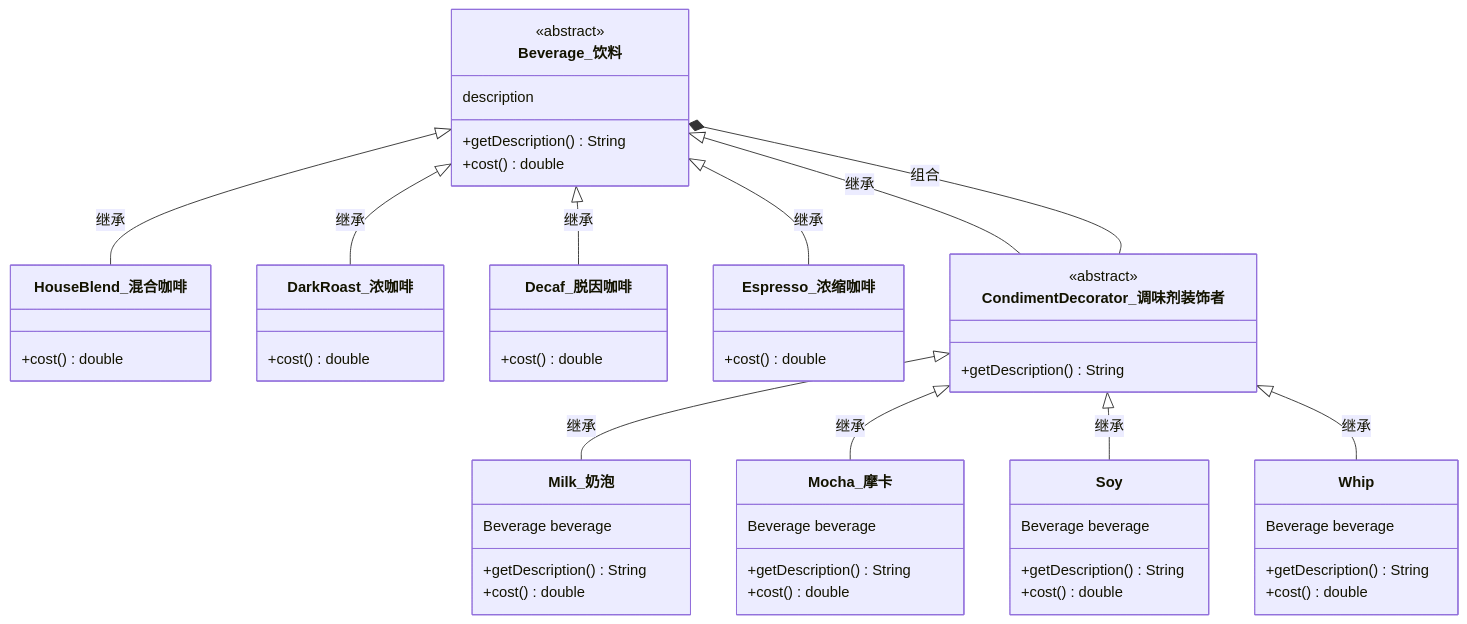
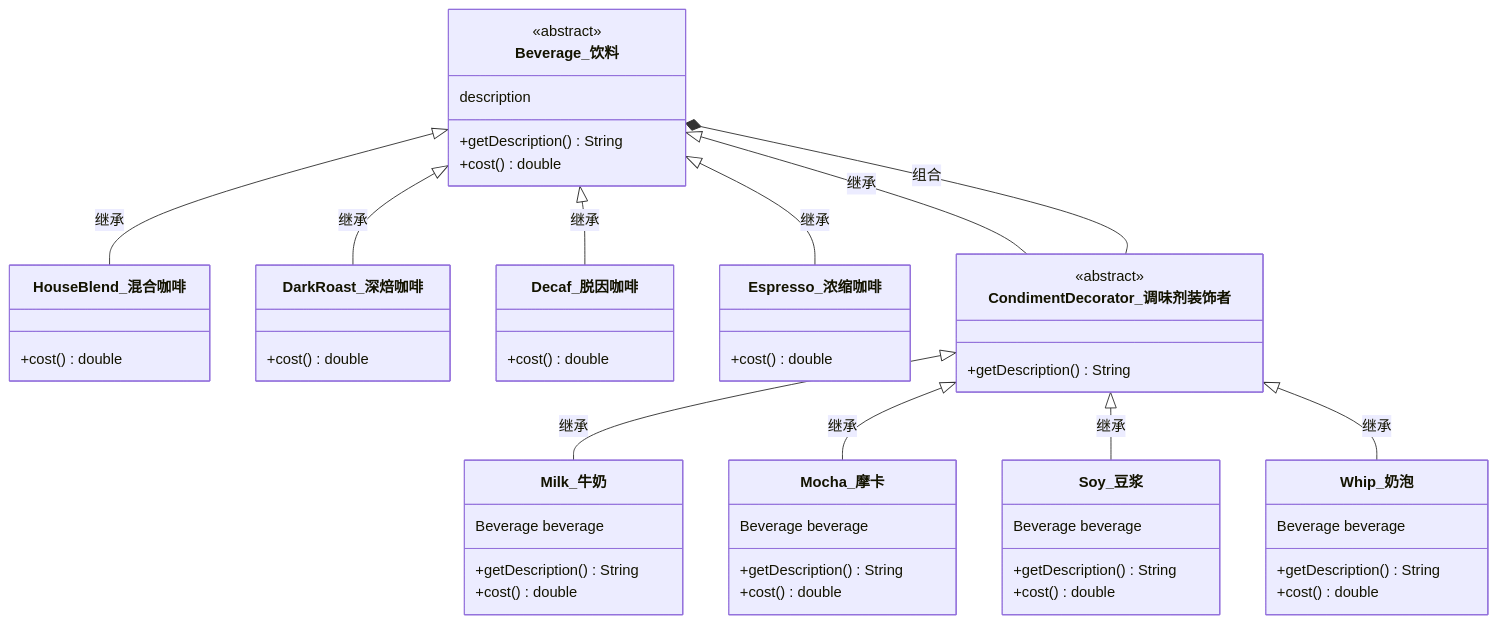
Before and after one commit to user-h/hdata-doc: the second of 3 diagrams in docs/01.Java相关/04.设计模式/030.装饰者模式.md, drawn with Mermaid. The commit also changed other lines of this file and 2 other files, not shown here.

````diff
--- a/docs/01.Java相关/04.设计模式/030.装饰者模式.md
+++ b/docs/01.Java相关/04.设计模式/030.装饰者模式.md
@@ -43,57 +44,57 @@
 ```mermaid  
 classDiagram  
     class Beverage_饮料{
 	  <<abstract>>
 	  description
 	  +getDescription() String
 	  +cost() double
 	}
 	class HouseBlend_混合咖啡{
 	  +cost() double
 	}
-	class DarkRoast_浓咖啡{
+	class DarkRoast_深焙咖啡{
 	  +cost() double
 	}
 	class Decaf_脱因咖啡{
 	  +cost() double
 	}
 	class Espresso_浓缩咖啡{
 	  +cost() double
 	}
 	
 	class CondimentDecorator_调味剂装饰者{
 	  <<abstract>>
 	  +getDescription() String
 	}
-	class Milk_奶泡{
+	class Milk_牛奶{
 	  Beverage beverage
 	  +getDescription() String
 	  +cost() double
 	}
 	class Mocha_摩卡{
 	  Beverage beverage
 	  +getDescription() String
 	  +cost() double
 	}
-	class Soy{
+	class Soy_豆浆{
 	  Beverage beverage
 	  +getDescription() String
 	  +cost() double
 	}
-	class Whip{
+	class Whip_奶泡{
 	  Beverage beverage
 	  +getDescription() String
 	  +cost() double
 	}
 	
 	Beverage_饮料 <|-- HouseBlend_混合咖啡:继承
-	Beverage_饮料 <|-- DarkRoast_浓咖啡:继承
+	Beverage_饮料 <|-- DarkRoast_深焙咖啡:继承
 	Beverage_饮料 <|-- Decaf_脱因咖啡:继承
 	Beverage_饮料 <|-- Espresso_浓缩咖啡:继承
 	Beverage_饮料 <|-- CondimentDecorator_调味剂装饰者:继承
 	Beverage_饮料 *-- CondimentDecorator_调味剂装饰者:组合
-	CondimentDecorator_调味剂装饰者 <|-- Milk_奶泡:继承
+	CondimentDecorator_调味剂装饰者 <|-- Milk_牛奶:继承
 	CondimentDecorator_调味剂装饰者 <|-- Mocha_摩卡:继承
-	CondimentDecorator_调味剂装饰者 <|-- Soy:继承
-	CondimentDecorator_调味剂装饰者 <|-- Whip:继承
+	CondimentDecorator_调味剂装饰者 <|-- Soy_豆浆:继承
+	CondimentDecorator_调味剂装饰者 <|-- Whip_奶泡:继承
 ```
````
